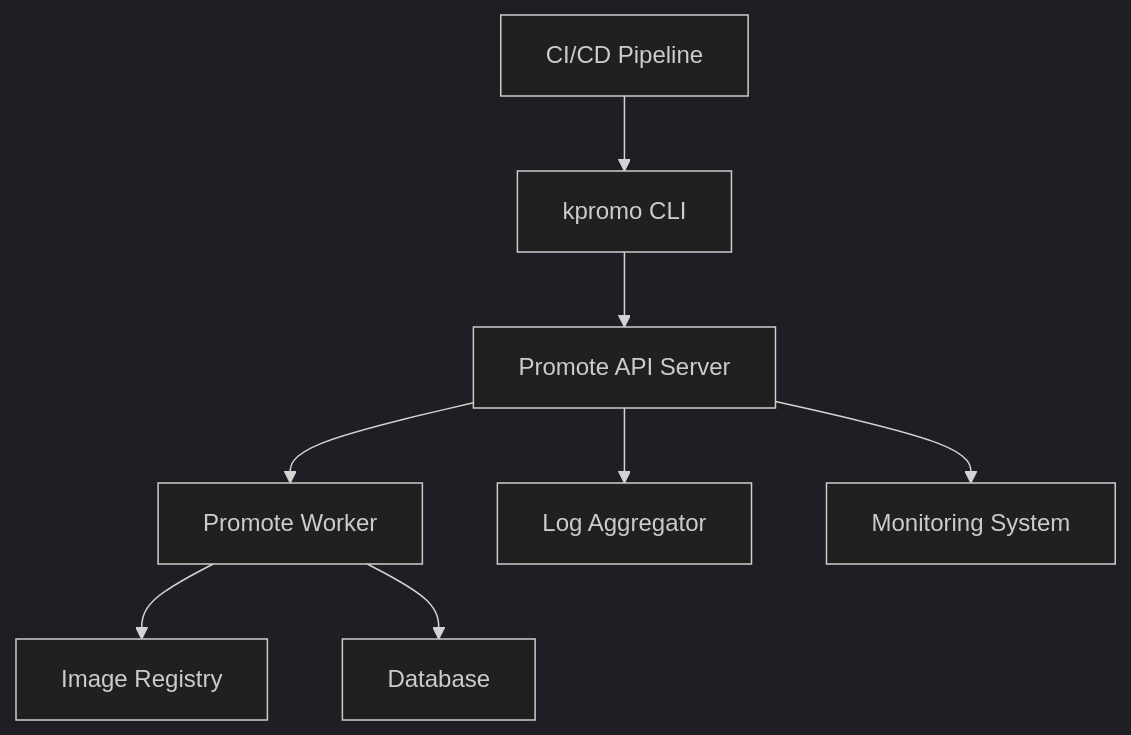
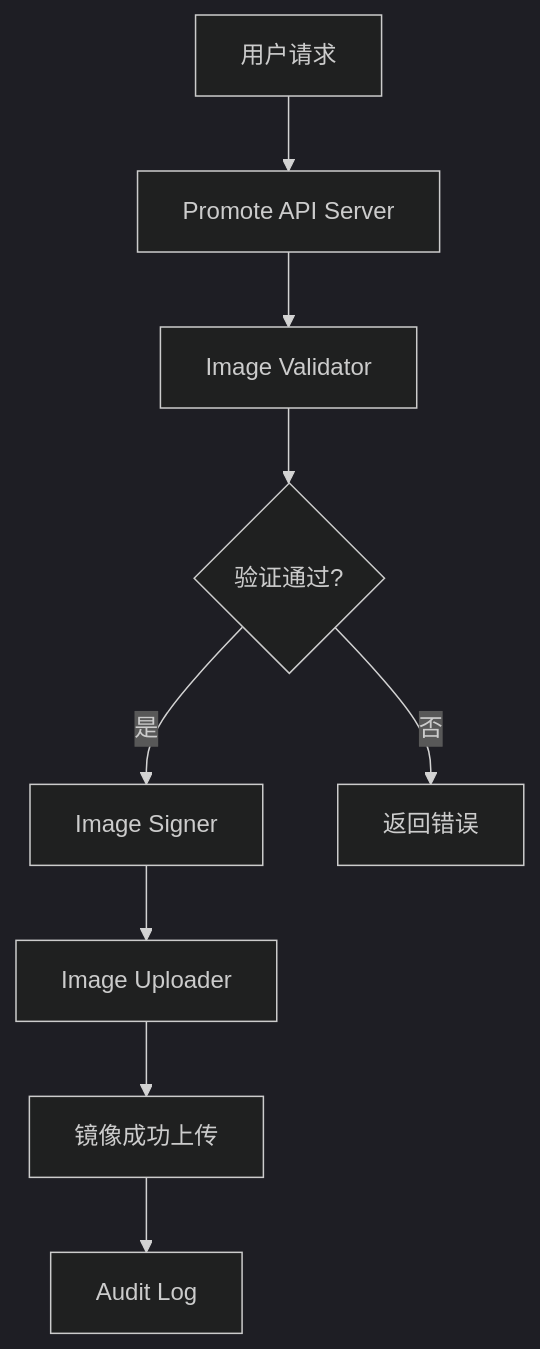
One commit to ape902/laoguo.github.io changed the diagram in content/posts/2026-03-17-the-invisible-rewrite-modernizing-the-kubernetes-image-promoter.md. Above: the diagram before and after it, drawn with Mermaid (dark theme). The commit also changed other lines of this file, not shown here.

Commit message:
发布新文章：2026-03-17-the-invisible-rewrite-modernizing-the-kubernetes-image-promoter.md

````diff
--- a/content/posts/2026-03-17-the-invisible-rewrite-modernizing-the-kubernetes-image-promoter.md
+++ b/content/posts/2026-03-17-the-invisible-rewrite-modernizing-the-kubernetes-image-promoter.md
@@ -246,10 +56,11 @@
 ```mermaid
 graph TD
-    A[CI/CD Pipeline] --> B[kpromo CLI]
-    B --> C[Promote API Server]
-    C --> D[Promote Worker]
-    D --> E[Image Registry]
-    D --> F[Database]
-    C --> G[Log Aggregator]
-    C --> H[Monitoring System]
+    A[用户请求] --> B[Promote API Server]
+    B --> C[Image Validator]
+    C --> D{验证通过?}
+    D -->|是| E[Image Signer]
+    D -->|否| F[返回错误]
+    E --> G[Image Uploader]
+    G --> H[镜像成功上传]
+    H --> I[Audit Log]
 ```
````
